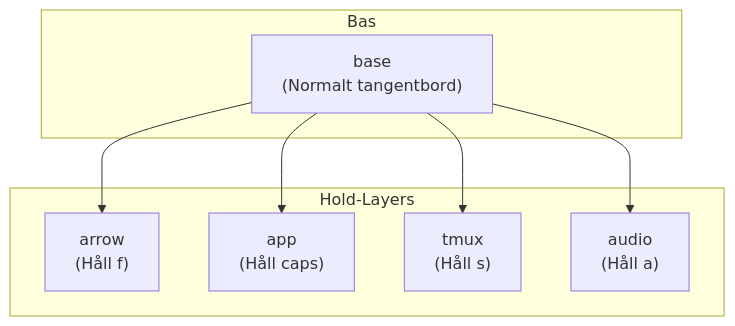
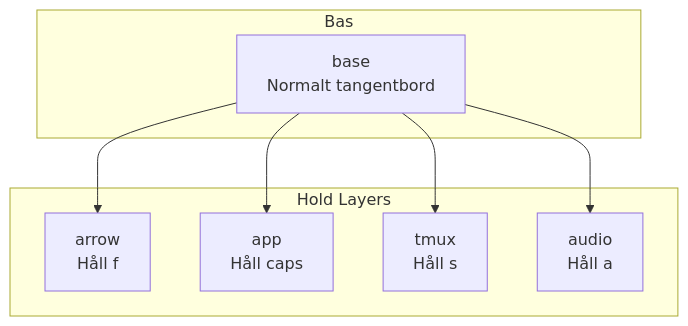
One commit to simonbrundin/dotfiles changed the third of 4 diagrams in README.md. Above: the diagram before and after it, drawn with Mermaid. The commit also changed other lines of this file, not shown here.

Commit message:
fix: correct Mermaid diagrams for GitHub compatibility

````diff
--- a/README.md
+++ b/README.md
@@ -598,18 +569,18 @@
 ```mermaid
 flowchart TB
     subgraph Bas
-        Base["base<br/>(Normalt tangentbord)"]
+        Base[base<br/>Normalt tangentbord]
     end
 
-    subgraph Hold-Layers
-        Arrow["arrow<br/>(Håll f)"]
-        App["app<br/>(Håll caps)"]
-        Tmux["tmux<br/>(Håll s)"]
-        Audio["audio<br/>(Håll a)"]
+    subgraph HoldLayers[Hold Layers]
+        Arrow[arrow<br/>Håll f]
+        App[app<br/>Håll caps]
+        Tmux[tmux<br/>Håll s]
+        Audio[audio<br/>Håll a]
     end
 
     Base --> Arrow
     Base --> App
     Base --> Tmux
     Base --> Audio
 ```
````
